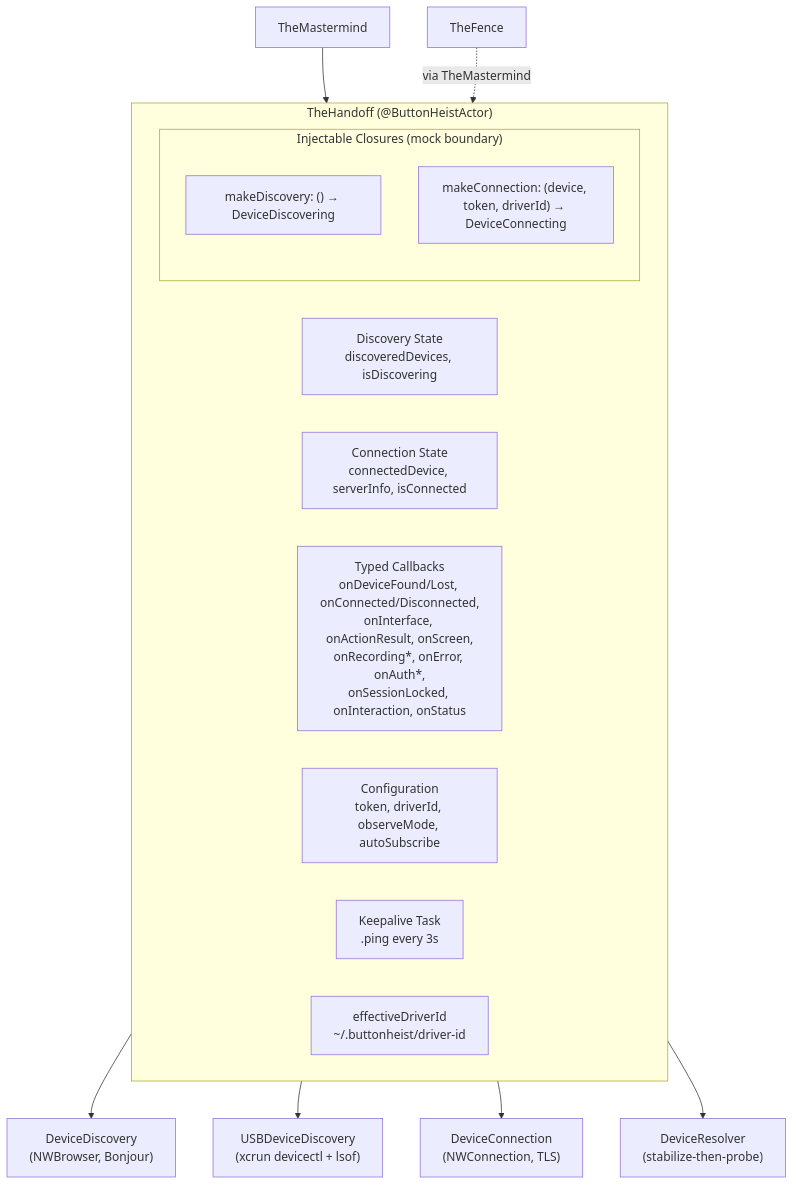
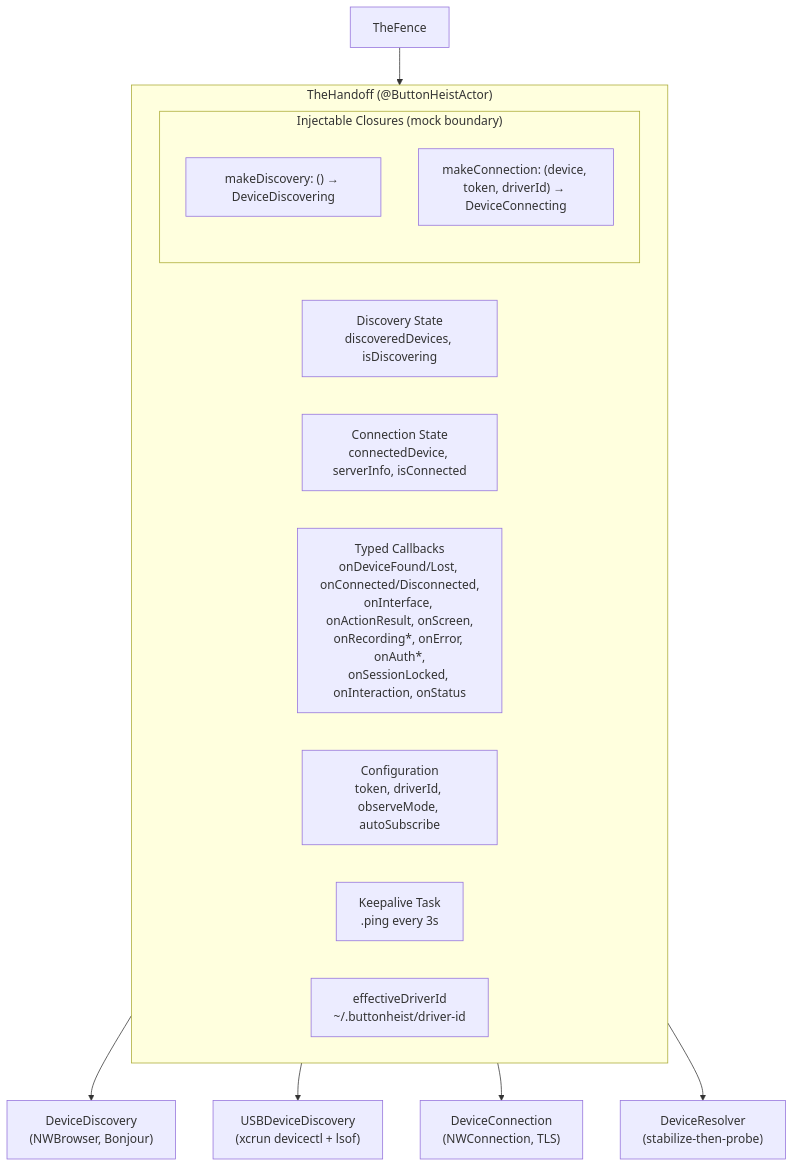
Before and after one commit to RoyalPineapple/TheButtonHeist: the first of 2 diagrams in docs/dossiers/02-THEHANDOFF.md, drawn with Mermaid. The commit also changed other lines of this file and 41 other files, not shown here.

First line of the commit message:
Remove TheMastermind — TheFence talks to TheHandoff directly (#153)

````diff
--- a/docs/dossiers/02-THEHANDOFF.md
+++ b/docs/dossiers/02-THEHANDOFF.md
@@ -22,25 +24,24 @@
 ```mermaid
 graph TD
     subgraph TheHandoff["TheHandoff (@ButtonHeistActor)"]
         DiscState["Discovery State\ndiscoveredDevices, isDiscovering"]
         ConnState["Connection State\nconnectedDevice, serverInfo, isConnected"]
         Callbacks["Typed Callbacks\nonDeviceFound/Lost, onConnected/Disconnected,\nonInterface, onActionResult, onScreen,\nonRecording*, onError, onAuth*,\nonSessionLocked, onInteraction, onStatus"]
         Config["Configuration\ntoken, driverId, observeMode, autoSubscribe"]
 
         subgraph Factories["Injectable Closures (mock boundary)"]
             MakeDisc["makeDiscovery: () → DeviceDiscovering"]
             MakeConn["makeConnection: (device, token, driverId) → DeviceConnecting"]
         end
 
         Keepalive["Keepalive Task\n.ping every 3s"]
         DriverId["effectiveDriverId\n~/.buttonheist/driver-id"]
     end
 
-    TM["TheMastermind"] --> TheHandoff
-    TF["TheFence"] -.->|via TheMastermind| TheHandoff
+    TF["TheFence"] --> TheHandoff
 
     TheHandoff --> DevDisc["DeviceDiscovery\n(NWBrowser, Bonjour)"]
     TheHandoff --> USBDisc["USBDeviceDiscovery\n(xcrun devicectl + lsof)"]
     TheHandoff --> DevConn["DeviceConnection\n(NWConnection, TLS)"]
     TheHandoff --> Resolver["DeviceResolver\n(stabilize-then-probe)"]
 ```
````
